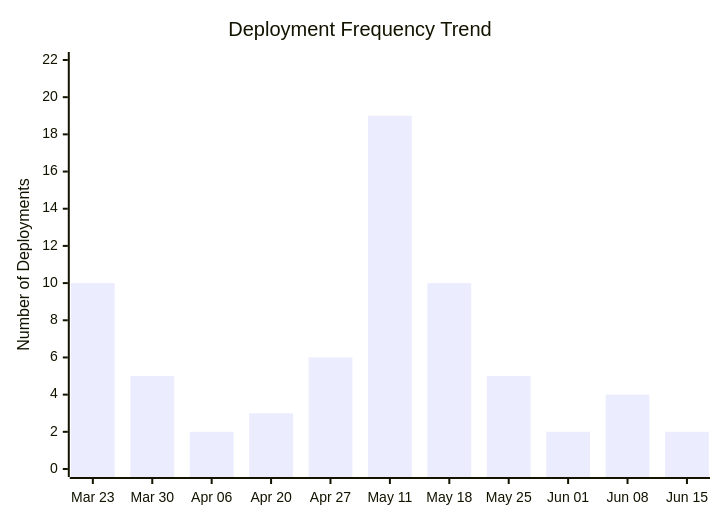
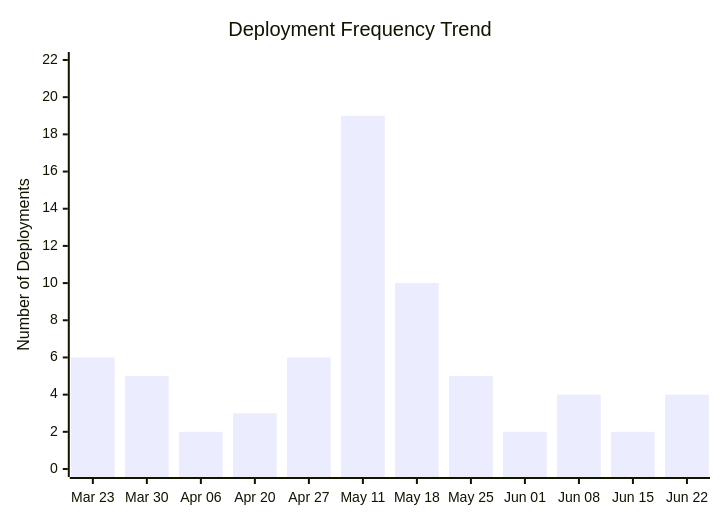
The third of 4 diagrams in docs/ci-cd/dora-summary.md (ukma-cs-ssdm-2025/rate-ukma), drawn with Mermaid before and after one commit. The commit also changed other lines of this file, not shown here.

````diff
--- a/docs/ci-cd/dora-summary.md
+++ b/docs/ci-cd/dora-summary.md
@@ -54,7 +55,7 @@
 ```mermaid
 xychart-beta
     title "Deployment Frequency Trend"
-    x-axis ["Mar 23", "Mar 30", "Apr 06", "Apr 20", "Apr 27", "May 11", "May 18", "May 25", "Jun 01", "Jun 08", "Jun 15"]
+    x-axis ["Mar 23", "Mar 30", "Apr 06", "Apr 20", "Apr 27", "May 11", "May 18", "May 25", "Jun 01", "Jun 08", "Jun 15", "Jun 22"]
     y-axis "Number of Deployments" 0 --> 22
-    bar [10.00, 5.00, 2.00, 3.00, 6.00, 19.00, 10.00, 5.00, 2.00, 4.00, 2.00]
+    bar [6.00, 5.00, 2.00, 3.00, 6.00, 19.00, 10.00, 5.00, 2.00, 4.00, 2.00, 4.00]
 ```
````
